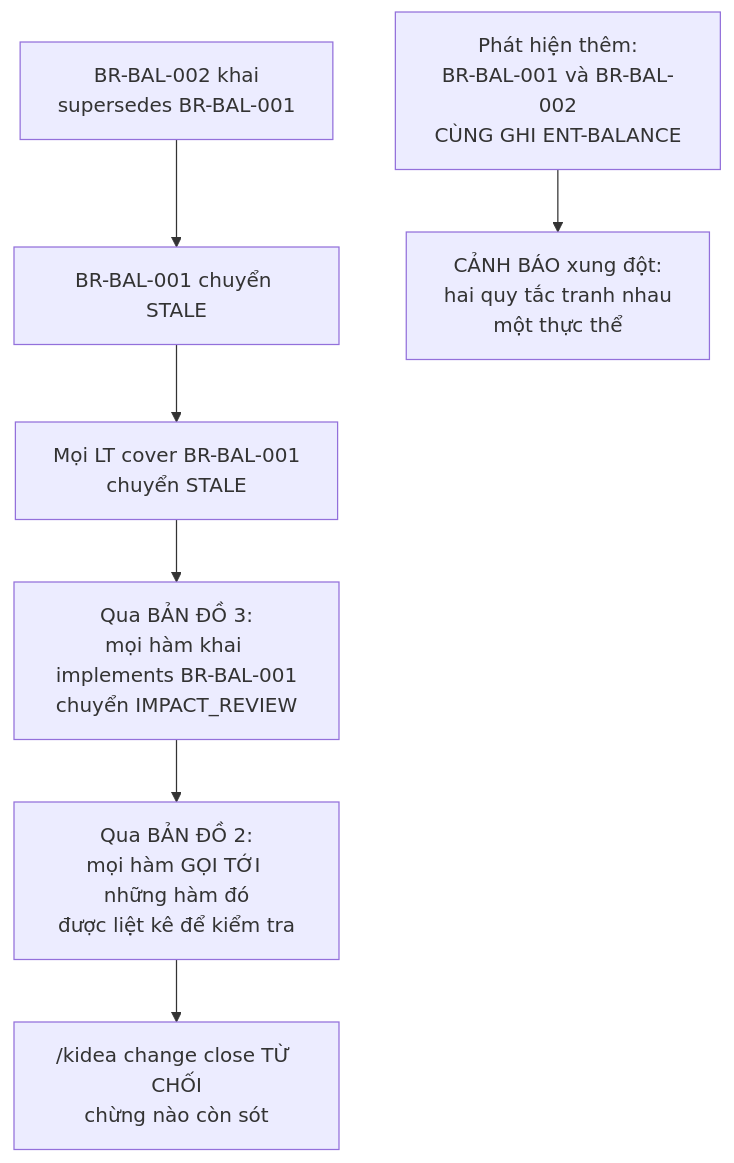
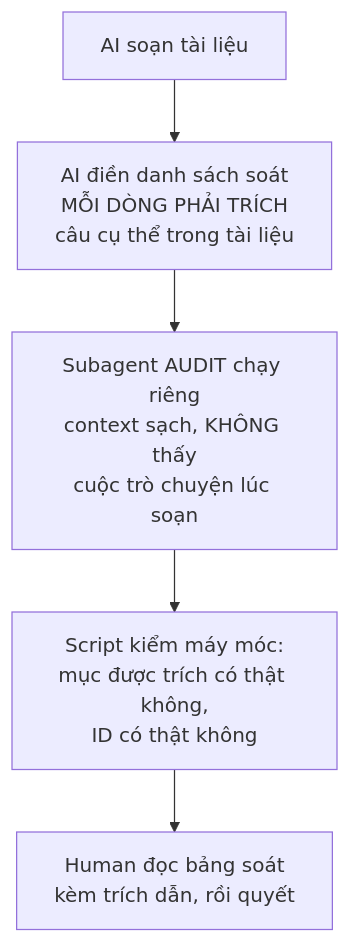
Before and after one commit to Kynderis/kendrick-ai-tools: the second of 2 diagrams in answer.md, drawn with Mermaid. The commit also changed other lines of this file and 2 other files, not shown here.

First line of the commit message:
design: name the maps, close ten gaps, spec the station work

````diff
--- a/answer.md
+++ b/answer.md
@@ -131,9 +124,7 @@
 ```mermaid
 flowchart TD
-    A["BR-BAL-002 khai<br/>supersedes BR-BAL-001"] --> B["BR-BAL-001 chuyển STALE"]
-    C["Phát hiện thêm:<br/>BR-BAL-001 và BR-BAL-002<br/>CÙNG GHI ENT-BALANCE"] --> D["CẢNH BÁO xung đột:<br/>hai quy tắc tranh nhau<br/>một thực thể"]
-    B --> E["Mọi LT cover BR-BAL-001<br/>chuyển STALE"]
-    E --> F["Qua BẢN ĐỒ 3:<br/>mọi hàm khai implements BR-BAL-001<br/>chuyển IMPACT_REVIEW"]
-    F --> G["Qua BẢN ĐỒ 2:<br/>mọi hàm GỌI TỚI những hàm đó<br/>được liệt kê để kiểm tra"]
-    G --> H["/kidea change close TỪ CHỐI<br/>chừng nào còn sót"]
+    A["AI soạn tài liệu"] --> B["AI điền danh sách soát<br/>MỖI DÒNG PHẢI TRÍCH<br/>câu cụ thể trong tài liệu"]
+    B --> C["Subagent AUDIT chạy riêng<br/>context sạch, KHÔNG thấy<br/>cuộc trò chuyện lúc soạn"]
+    C --> D["Script kiểm máy móc:<br/>mục được trích có thật không,<br/>ID có thật không"]
+    D --> E["Human đọc bảng soát<br/>kèm trích dẫn, rồi quyết"]
 ```
````
